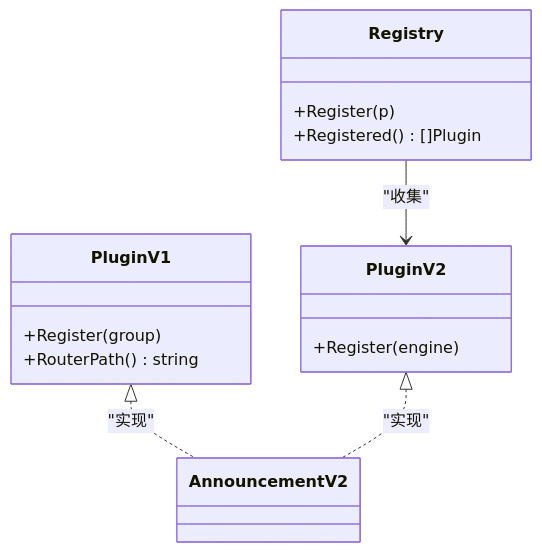
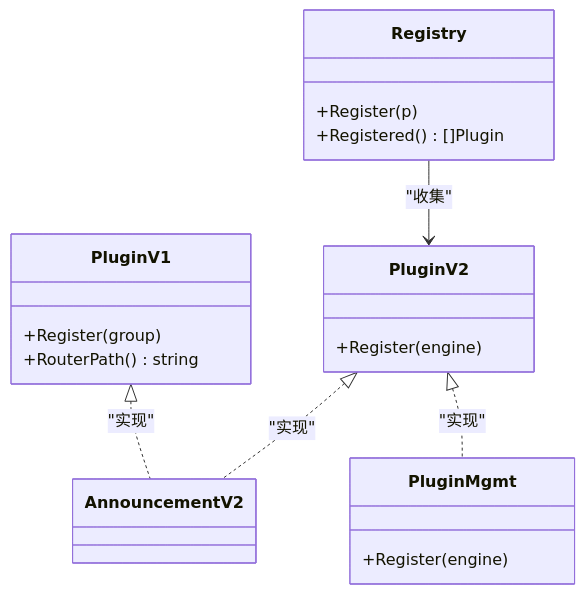
One commit to Xiaomajohn/gin-vue-admin-myself changed the third of 9 diagrams in .qoder/repowiki/zh/content/插件系统架构/插件管理系统.md. Above: the diagram before and after it, drawn with Mermaid. The commit also changed other lines of this file and 5 other files, not shown here.

````diff
--- a/.qoder/repowiki/zh/content/插件系统架构/插件管理系统.md
+++ b/.qoder/repowiki/zh/content/插件系统架构/插件管理系统.md
@@ -140,17 +186,21 @@
 ```mermaid
 classDiagram
 class PluginV1 {
 +Register(group)
 +RouterPath() string
 }
 class PluginV2 {
 +Register(engine)
 }
 class Registry {
 +Register(p)
 +Registered() []Plugin
 }
+class PluginMgmt {
++Register(engine)
+}
 PluginV1 <|.. AnnouncementV2 : "实现"
 PluginV2 <|.. AnnouncementV2 : "实现"
+PluginV2 <|.. PluginMgmt : "实现"
 Registry --> PluginV2 : "收集"
 ```
````
